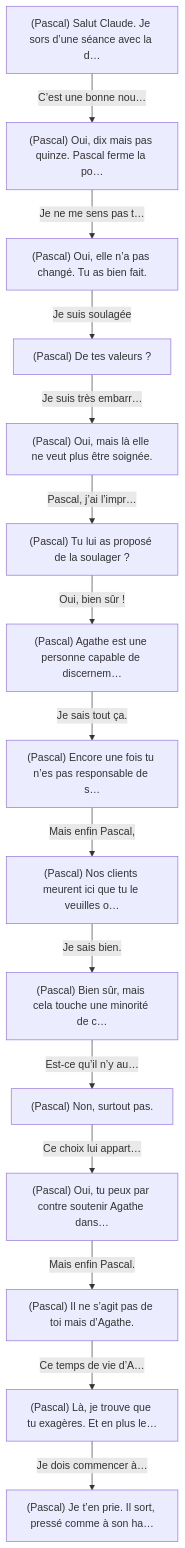
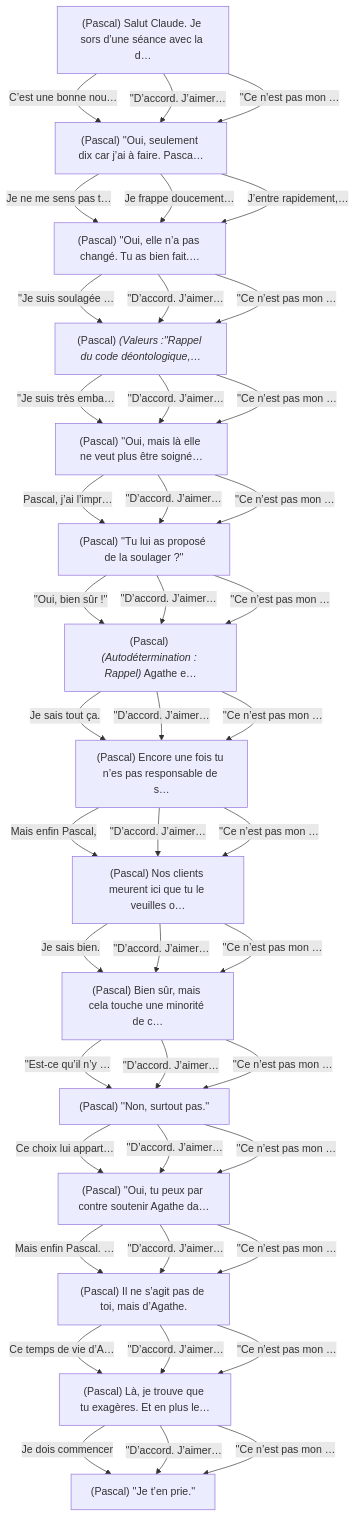
One commit to tmsmks/PA_26_EOL changed the tenth of 17 diagrams in output/graphes_end_of_life.md. Above: the diagram before and after it, drawn with Mermaid. The commit also changed other lines of this file and 54 other files, not shown here.

````diff
--- a/output/graphes_end_of_life.md
+++ b/output/graphes_end_of_life.md
@@ -787,33 +1019,61 @@
 ```mermaid
 flowchart TD
     I1["(Pascal) Salut Claude. Je sors d’une séance avec la d…"]
-    I2["(Pascal) Oui, dix mais pas quinze. Pascal ferme la po…"]
-    I3["(Pascal) Oui, elle n’a pas changé. Tu as bien fait."]
-    I4["(Pascal) De tes valeurs ?"]
-    I5["(Pascal) Oui, mais là elle ne veut plus être soignée."]
-    I6["(Pascal) Tu lui as proposé de la soulager ?"]
-    I7["(Pascal) Agathe est une personne capable de discernem…"]
+    I2["(Pascal) ''Oui, seulement dix car j’ai à faire. Pasca…"]
+    I3["(Pascal) ''Oui, elle n’a pas changé. Tu as bien fait.…"]
+    I4["(Pascal) <i>(Valeurs :''Rappel du code déontologique,…"]
+    I5["(Pascal) ''Oui, mais là elle ne veut plus être soigné…"]
+    I6["(Pascal) ''Tu lui as proposé de la soulager ?''"]
+    I7["(Pascal) <i>(Autodétermination : Rappel)</i> Agathe e…"]
     I8["(Pascal) Encore une fois tu n’es pas responsable de s…"]
     I9["(Pascal) Nos clients meurent ici que tu le veuilles o…"]
     I10["(Pascal) Bien sûr, mais cela touche une minorité de c…"]
-    I11["(Pascal) Non, surtout pas."]
-    I12["(Pascal) Oui, tu peux par contre soutenir Agathe dans…"]
-    I13["(Pascal) Il ne s’agit pas de toi mais d’Agathe."]
+    I11["(Pascal) ''Non, surtout pas.''"]
+    I12["(Pascal) ''Oui, tu peux par contre soutenir Agathe da…"]
+    I13["(Pascal) Il ne s’agit pas de toi, mais d’Agathe."]
     I14["(Pascal) Là, je trouve que tu exagères. Et en plus le…"]
-    I15["(Pascal) Je t’en prie. Il sort, pressé comme à son ha…"]
+    I15["(Pascal) ''Je t’en prie.''"]
 
     I1 -->|"C’est une bonne nou…"| I2
+    I1 -->|"''D’accord. J’aimer…"| I2
+    I1 -->|"''Ce n’est pas mon …"| I2
     I2 -->|"Je ne me sens pas t…"| I3
-    I3 -->|"Je suis soulagée"| I4
-    I4 -->|"Je suis très embarr…"| I5
+    I2 -->|"Je frappe doucement…"| I3
+    I2 -->|"J’entre rapidement,…"| I3
+    I3 -->|"''Je suis soulagée …"| I4
+    I3 -->|"''D’accord. J’aimer…"| I4
+    I3 -->|"''Ce n’est pas mon …"| I4
+    I4 -->|"''Je suis très emba…"| I5
+    I4 -->|"''D’accord. J’aimer…"| I5
+    I4 -->|"''Ce n’est pas mon …"| I5
     I5 -->|"Pascal, j’ai l’impr…"| I6
-    I6 -->|"Oui, bien sûr !"| I7
+    I5 -->|"''D’accord. J’aimer…"| I6
+    I5 -->|"''Ce n’est pas mon …"| I6
+    I6 -->|"''Oui, bien sûr !''"| I7
+    I6 -->|"''D’accord. J’aimer…"| I7
+    I6 -->|"''Ce n’est pas mon …"| I7
     I7 -->|"Je sais tout ça."| I8
+    I7 -->|"''D’accord. J’aimer…"| I8
+    I7 -->|"''Ce n’est pas mon …"| I8
     I8 -->|"Mais enfin Pascal,"| I9
+    I8 -->|"''D’accord. J’aimer…"| I9
+    I8 -->|"''Ce n’est pas mon …"| I9
     I9 -->|"Je sais bien."| I10
-    I10 -->|"Est-ce qu’il n’y au…"| I11
+    I9 -->|"''D’accord. J’aimer…"| I10
+    I9 -->|"''Ce n’est pas mon …"| I10
+    I10 -->|"''Est-ce qu’il n’y …"| I11
+    I10 -->|"''D’accord. J’aimer…"| I11
+    I10 -->|"''Ce n’est pas mon …"| I11
     I11 -->|"Ce choix lui appart…"| I12
-    I12 -->|"Mais enfin Pascal."| I13
+    I11 -->|"''D’accord. J’aimer…"| I12
+    I11 -->|"''Ce n’est pas mon …"| I12
+    I12 -->|"Mais enfin Pascal. …"| I13
+    I12 -->|"''D’accord. J’aimer…"| I13
+    I12 -->|"''Ce n’est pas mon …"| I13
     I13 -->|"Ce temps de vie d’A…"| I14
-    I14 -->|"Je dois commencer à…"| I15
+    I13 -->|"''D’accord. J’aimer…"| I14
+    I13 -->|"''Ce n’est pas mon …"| I14
+    I14 -->|"Je dois commencer"| I15
+    I14 -->|"''D’accord. J’aimer…"| I15
+    I14 -->|"''Ce n’est pas mon …"| I15
 ```
````
